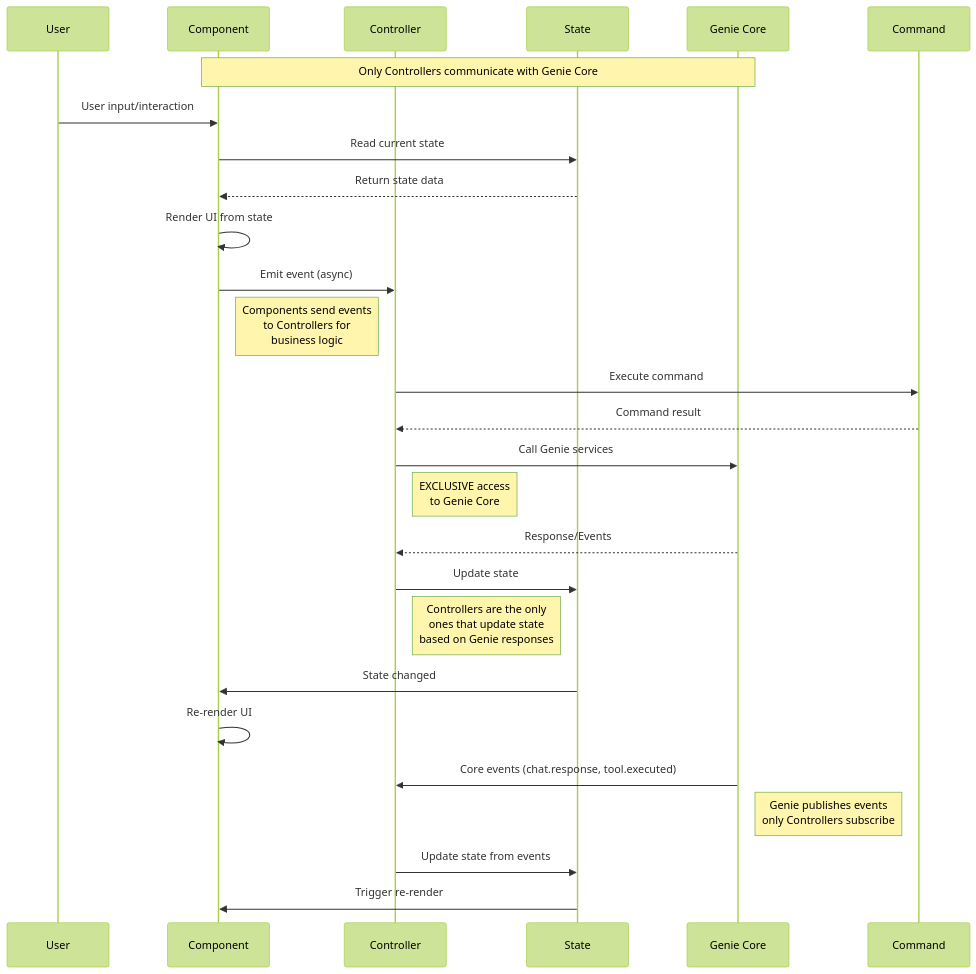
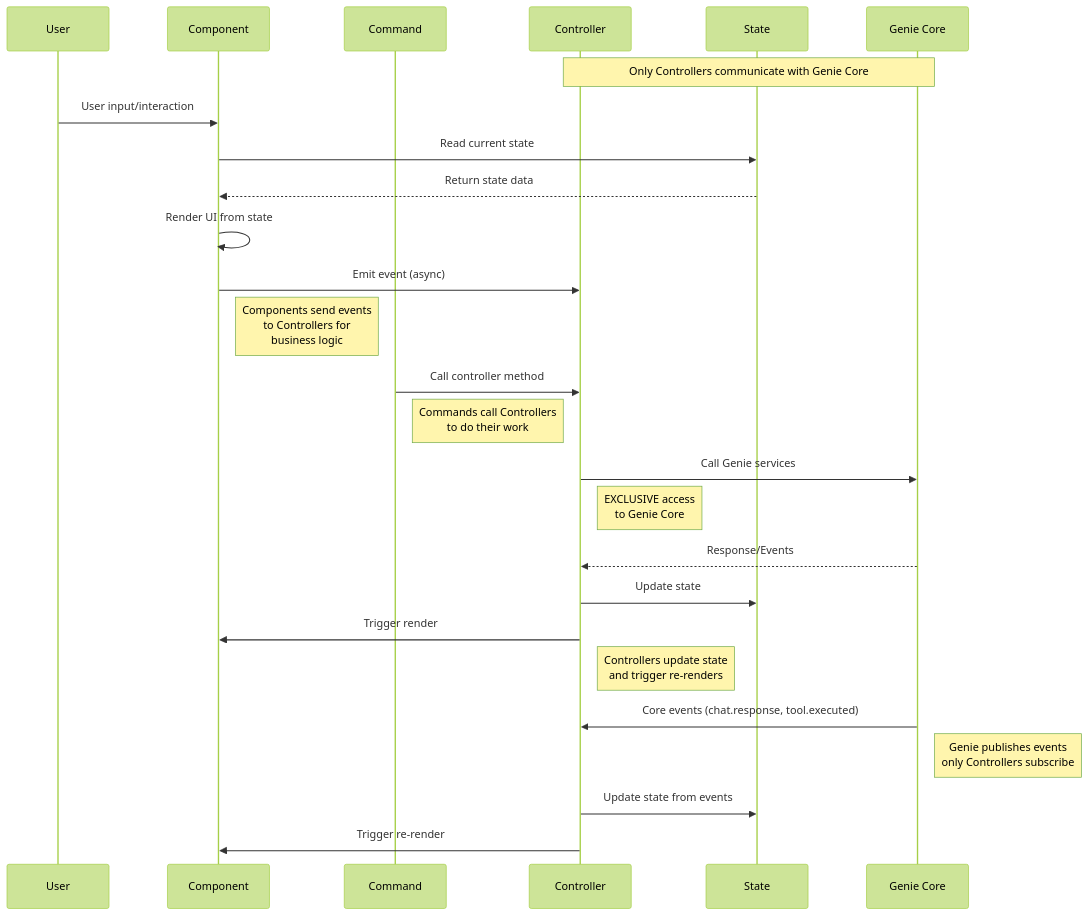
One commit to kcaldas/genie changed the second of 2 diagrams in cmd/tui/ARCHITECTURE.md. Above: the diagram before and after it, drawn with Mermaid (forest theme). The commit also changed other lines of this file, not shown here.

First line of the commit message:
docs(tui): Clarify Command→Controller relationship in architecture

````diff
--- a/cmd/tui/ARCHITECTURE.md
+++ b/cmd/tui/ARCHITECTURE.md
@@ -98,44 +40,41 @@
 ```mermaid
 sequenceDiagram
     participant U as User
     participant C as Component
+    participant Cmd as Command
     participant Ctrl as Controller
     participant S as State
     participant G as Genie Core
-    participant Cmd as Command
 
-    Note over C, G: Only Controllers communicate with Genie Core
+    Note over Ctrl, G: Only Controllers communicate with Genie Core
 
     %% User interaction flow
     U->>C: User input/interaction
     C->>S: Read current state
     S-->>C: Return state data
     C->>C: Render UI from state
 
     %% Component to Controller via events (async)
     C->>Ctrl: Emit event (async)
     Note right of C: Components send events<br/>to Controllers for<br/>business logic
 
-    %% Controller executes command
-    Ctrl->>Cmd: Execute command
-    Cmd-->>Ctrl: Command result
+    %% Command calls Controller
+    Cmd->>Ctrl: Call controller method
+    Note right of Cmd: Commands call Controllers<br/>to do their work
 
     %% Controller calls Genie (exclusive access)
     Ctrl->>G: Call Genie services
     Note right of Ctrl: EXCLUSIVE access<br/>to Genie Core
     G-->>Ctrl: Response/Events
 
-    %% Controller updates state
+    %% Controller updates state and renders
     Ctrl->>S: Update state
-    Note right of Ctrl: Controllers are the only<br/>ones that update state<br/>based on Genie responses
-
-    %% State change triggers re-render
-    S->>C: State changed
-    C->>C: Re-render UI
+    Ctrl->>C: Trigger render
+    Note right of Ctrl: Controllers update state<br/>and trigger re-renders
 
     %% Async Genie events
     G->>Ctrl: Core events (chat.response, tool.executed)
     Note right of G: Genie publishes events<br/>only Controllers subscribe
     Ctrl->>S: Update state from events
-    S->>C: Trigger re-render
+    Ctrl->>C: Trigger re-render
 ```
````
